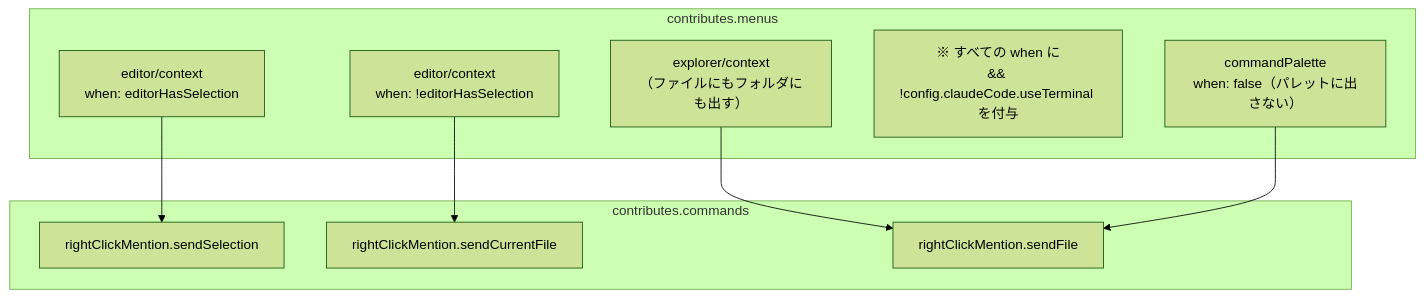
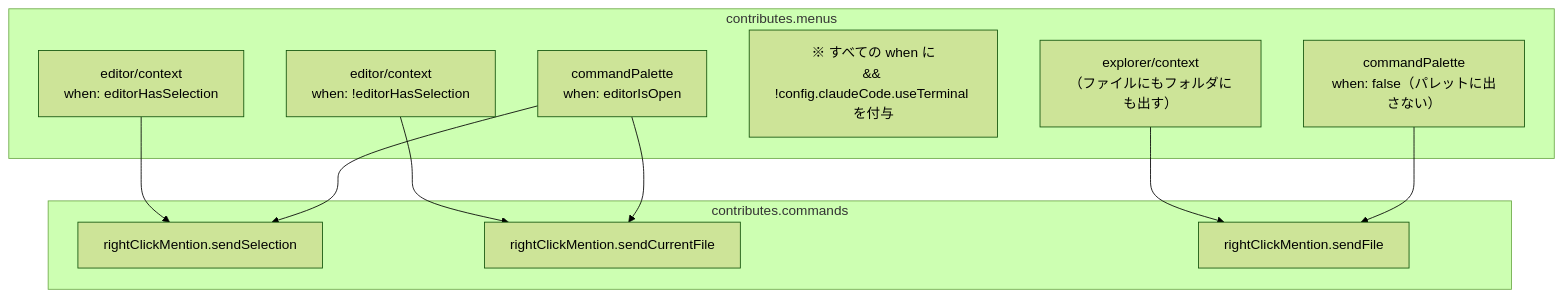
One commit to kip2/refs-to-chat changed the second of 7 diagrams in docs/ARCHITECTURE.md. Above: the diagram before and after it, drawn with Mermaid (forest theme). The commit also changed other lines of this file and 17 other files, not shown here.

````diff
--- a/docs/ARCHITECTURE.md
+++ b/docs/ARCHITECTURE.md
@@ -99,15 +99,16 @@
 ```mermaid
 flowchart TB
   subgraph commands["contributes.commands"]
     A["rightClickMention.sendSelection"]
     B["rightClickMention.sendCurrentFile"]
     C["rightClickMention.sendFile"]
   end
   subgraph menus["contributes.menus"]
     E1["editor/context<br/>when: editorHasSelection"] --> A
     E2["editor/context<br/>when: !editorHasSelection"] --> B
     E3["explorer/context<br/>（ファイルにもフォルダにも出す）"] --> C
     NOTE["※ すべての when に<br/>&& !config.claudeCode.useTerminal を付与"]
     E4["commandPalette<br/>when: false（パレットに出さない）"] --> C
+    E5["commandPalette<br/>when: editorIsOpen"] --> A & B
   end
 ```
````
